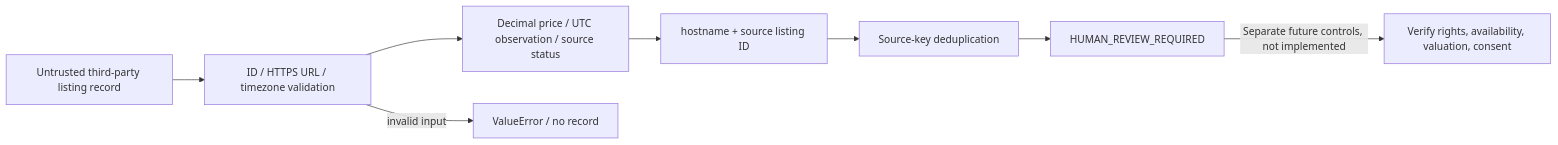
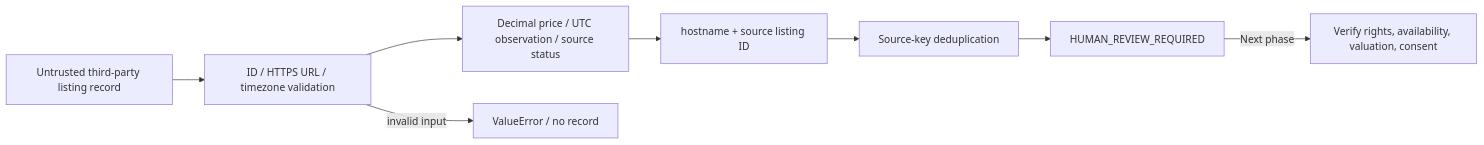
One commit to JoelGPascal/pdh-revenue-intake-demo changed the diagram in docs/architecture.md. Above: the diagram before and after it, drawn with Mermaid. The commit also changed other lines of this file and 4 other files, not shown here.

First line of the commit message:
docs: replace hedging language with clear status and roadmap; remove readiness checkpoint docs

````diff
--- a/docs/architecture.md
+++ b/docs/architecture.md
@@ -5,10 +5,10 @@
 ```mermaid
 flowchart LR
   Source[Untrusted third-party listing record] --> Validate[ID / HTTPS URL / timezone validation]
   Validate --> Normalize[Decimal price / UTC observation / source status]
   Normalize --> Key[hostname + source listing ID]
   Key --> Dedupe[Source-key deduplication]
   Dedupe --> Review[HUMAN_REVIEW_REQUIRED]
-  Review -->|Separate future controls, not implemented| Human[Verify rights, availability, valuation, consent]
+  Review -->|Next phase| Human[Verify rights, availability, valuation, consent]
   Validate -->|invalid input| Reject[ValueError / no record]
 ```
````
